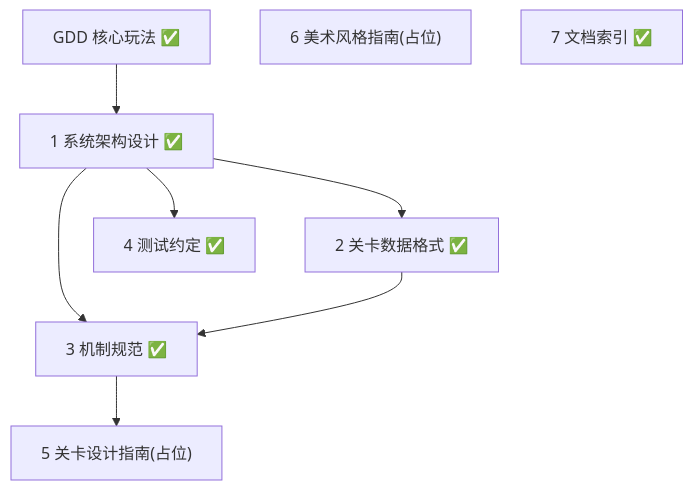
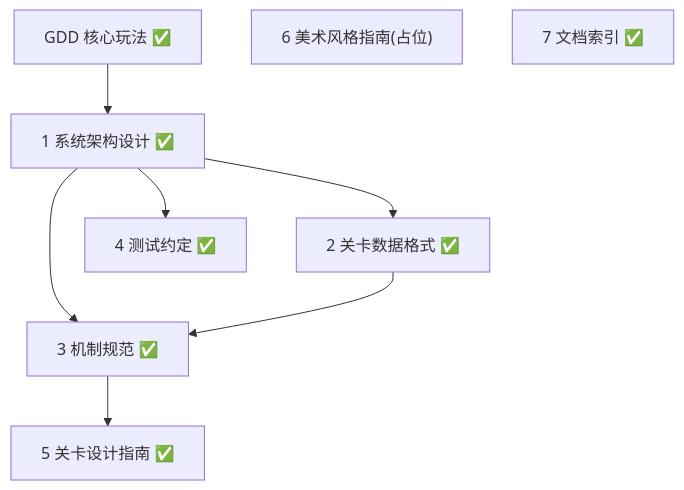
Before and after one commit to earneet/monk: the diagram in docs/superpowers/plans/2026-07-08-documentation-roadmap.md, drawn with Mermaid. The commit also changed other lines of this file and 1 other file, not shown here.

First line of the commit message:
docs: roadmap 标记 Task 5 关卡设计指南完成 + 索引

````diff
--- a/docs/superpowers/plans/2026-07-08-documentation-roadmap.md
+++ b/docs/superpowers/plans/2026-07-08-documentation-roadmap.md
@@ -40,11 +40,11 @@
 ```mermaid
 flowchart TD
     GDD["GDD 核心玩法 ✅"] --> ARCH["1 系统架构设计 ✅"]
     ARCH --> DATA["2 关卡数据格式 ✅"]
     ARCH --> MECH["3 机制规范 ✅"]
     DATA --> MECH
     ARCH --> TEST["4 测试约定 ✅"]
-    MECH --> LVL["5 关卡设计指南(占位)"]
+    MECH --> LVL["5 关卡设计指南 ✅"]
     ART["6 美术风格指南(占位)"]
     IDX["7 文档索引 ✅"]
 ```
````
